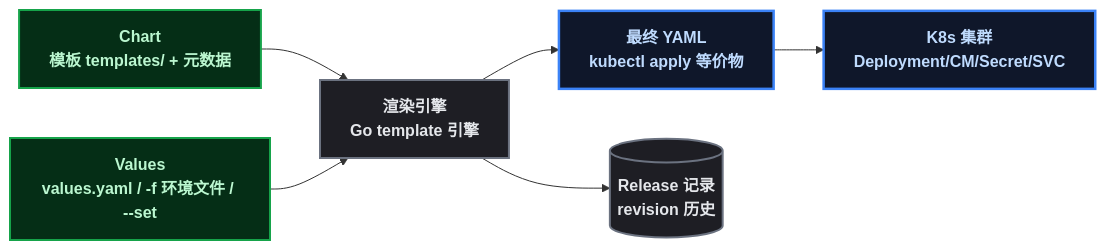
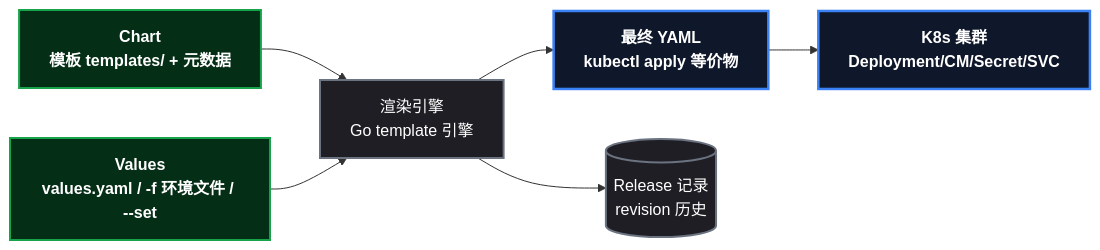
The diagram in content/posts/kubernetes/K8sHelmPractice.md (yaocat55/yaocat55.github.io), drawn with Mermaid before and after one commit. The commit also changed 27 other files, not shown here.

Commit message:
docs: 全系列 93 张 Mermaid 图 classDef 改为 style 强制深底白字(修复部分渲染器白底浅字)+历史文件格式清理

````diff
--- a/content/posts/kubernetes/K8sHelmPractice.md
+++ b/content/posts/kubernetes/K8sHelmPractice.md
@@ -56,24 +56,23 @@
 ```mermaid
 %% Helm 工作原理: Chart + Values 渲染出最终 YAML, 装进集群
 flowchart LR
-    classDef root fill:#0f172a,stroke:#3b82f6,stroke-width:2.5px,color:#bfdbfe,font-weight:bold;
-    classDef process fill:#1e1e24,stroke:#6b7280,stroke-width:2px,color:#e5e7eb;
-    classDef data fill:#052e16,stroke:#16a34a,stroke-width:2px,color:#bbf7d0,font-weight:bold;
 
     CHART["Chart\n模板 templates/ + 元数据"]
     VAL["Values\nvalues.yaml / -f 环境文件 / --set"]
     RENDER["渲染引擎\nGo template 引擎"]
     YAML["最终 YAML\nkubectl apply 等价物"]
     K8S["K8s 集群\nDeployment/CM/Secret/SVC"]
     REL[("Release 记录\nrevision 历史")]
 
     CHART --> RENDER
     VAL --> RENDER
     RENDER --> YAML
     YAML --> K8S
     RENDER --> REL
-
-    class CHART,VAL data;
-    class RENDER,REL process;
-    class YAML,K8S root;
+    style CHART fill:#052e16,stroke:#16a34a,stroke-width:2px,color:#ffffff,font-weight:bold
+    style VAL fill:#052e16,stroke:#16a34a,stroke-width:2px,color:#ffffff,font-weight:bold
+    style RENDER fill:#1e1e24,stroke:#6b7280,stroke-width:2px,color:#ffffff
+    style REL fill:#1e1e24,stroke:#6b7280,stroke-width:2px,color:#ffffff
+    style YAML fill:#0f172a,stroke:#3b82f6,stroke-width:2.5px,color:#ffffff,font-weight:bold
+    style K8S fill:#0f172a,stroke:#3b82f6,stroke-width:2.5px,color:#ffffff,font-weight:bold
 ```
````
